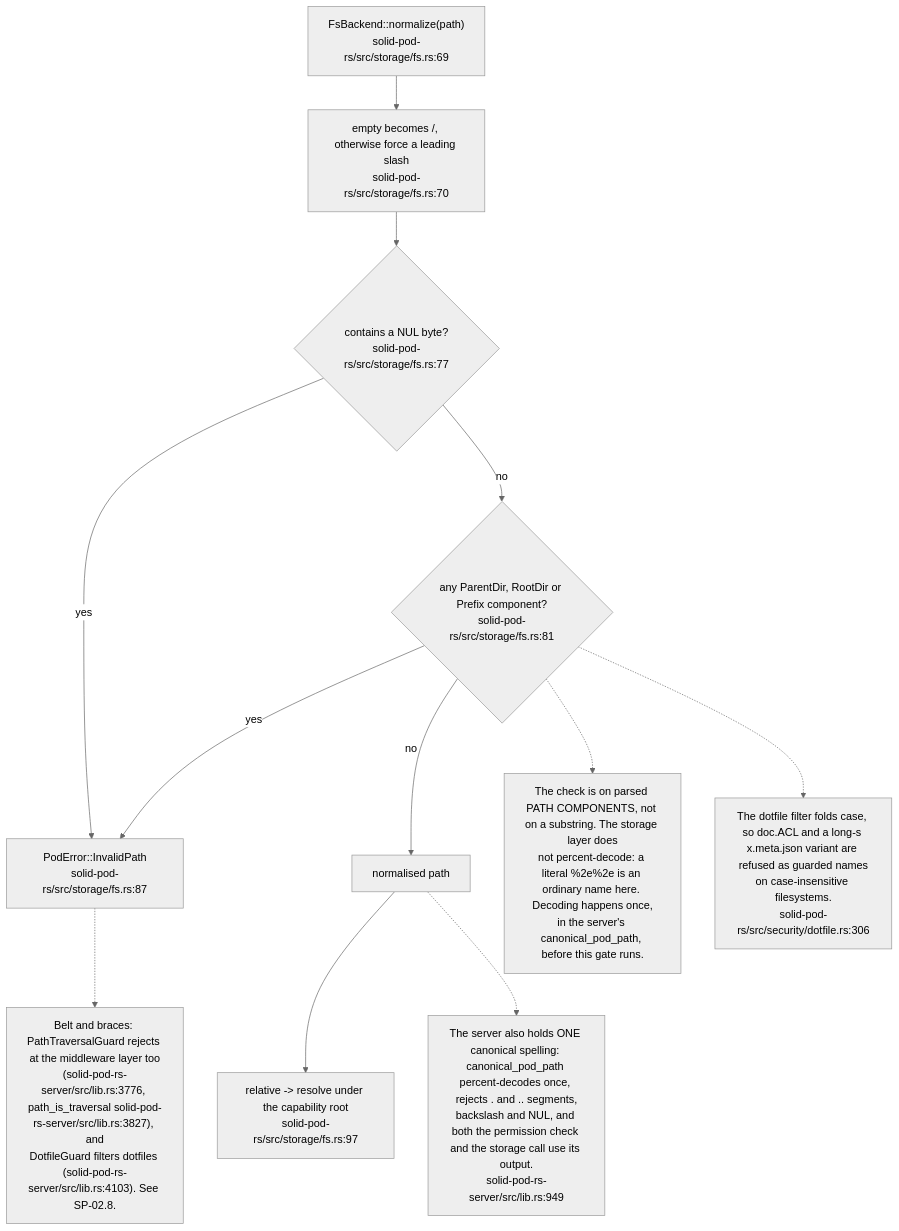
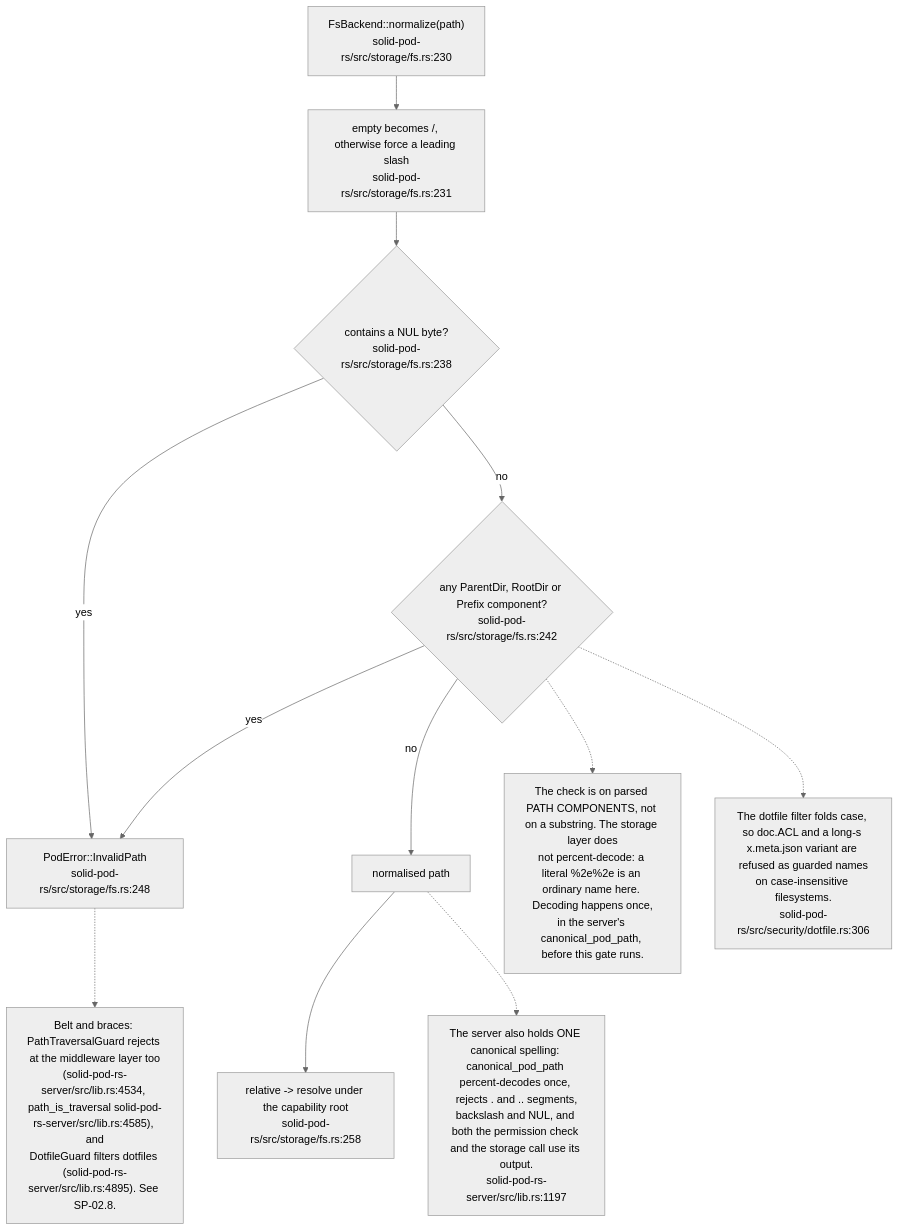
Before and after one commit to DreamLab-AI/VisionFlow: the second of 12 diagrams in docs/diagrams/solid-pod-rs/06-storage-quota-and-git-pods.md, drawn with Mermaid (neutral theme). The commit also changed other lines of this file and 1 other file, not shown here.

First line of the commit message:
docs(diagrams): SP-02, SP-06 re-verified at solid-pod-rs a28a748

````diff
--- a/docs/diagrams/solid-pod-rs/06-storage-quota-and-git-pods.md
+++ b/docs/diagrams/solid-pod-rs/06-storage-quota-and-git-pods.md
@@ -69,25 +78,25 @@
 ```mermaid
 flowchart TD
-    IN["FsBackend::normalize(path)<br/>solid-pod-rs/src/storage/fs.rs:69"]
-    LEAD["empty becomes /, otherwise force a leading slash<br/>solid-pod-rs/src/storage/fs.rs:70"]
-    NUL{"contains a NUL byte?<br/>solid-pod-rs/src/storage/fs.rs:77"}
-    COMP{"any ParentDir, RootDir or Prefix component?<br/>solid-pod-rs/src/storage/fs.rs:81"}
-    ERR["PodError::InvalidPath<br/>solid-pod-rs/src/storage/fs.rs:87"]
+    IN["FsBackend::normalize(path)<br/>solid-pod-rs/src/storage/fs.rs:230"]
+    LEAD["empty becomes /, otherwise force a leading slash<br/>solid-pod-rs/src/storage/fs.rs:231"]
+    NUL{"contains a NUL byte?<br/>solid-pod-rs/src/storage/fs.rs:238"}
+    COMP{"any ParentDir, RootDir or Prefix component?<br/>solid-pod-rs/src/storage/fs.rs:242"}
+    ERR["PodError::InvalidPath<br/>solid-pod-rs/src/storage/fs.rs:248"]
     OK["normalised path"]
-    REL["relative -> resolve under the capability root<br/>solid-pod-rs/src/storage/fs.rs:97"]
+    REL["relative -> resolve under the capability root<br/>solid-pod-rs/src/storage/fs.rs:258"]
 
     IN --> LEAD --> NUL
     NUL -- yes --> ERR
     NUL -- no --> COMP
     COMP -- yes --> ERR
     COMP -- no --> OK --> REL
 
     N["The check is on parsed PATH COMPONENTS, not on a substring. The storage layer does<br/>not percent-decode: a literal %2e%2e is an ordinary name here. Decoding happens once,<br/>in the server's canonical_pod_path, before this gate runs."]
     COMP -.-> N
-    N2["Belt and braces: PathTraversalGuard rejects at the middleware layer too<br/>(solid-pod-rs-server/src/lib.rs:3776, path_is_traversal solid-pod-rs-server/src/lib.rs:3827), and<br/>DotfileGuard filters dotfiles (solid-pod-rs-server/src/lib.rs:4103). See SP-02.8."]
+    N2["Belt and braces: PathTraversalGuard rejects at the middleware layer too<br/>(solid-pod-rs-server/src/lib.rs:4534, path_is_traversal solid-pod-rs-server/src/lib.rs:4585), and<br/>DotfileGuard filters dotfiles (solid-pod-rs-server/src/lib.rs:4895). See SP-02.8."]
     ERR -.-> N2
-    N3["The server also holds ONE canonical spelling: canonical_pod_path percent-decodes once, rejects . and .. segments,<br/>backslash and NUL, and both the permission check and the storage call use its output.<br/>solid-pod-rs-server/src/lib.rs:949"]
+    N3["The server also holds ONE canonical spelling: canonical_pod_path percent-decodes once, rejects . and .. segments,<br/>backslash and NUL, and both the permission check and the storage call use its output.<br/>solid-pod-rs-server/src/lib.rs:1197"]
     N4["The dotfile filter folds case, so doc.ACL and a long-s x.meta.json variant are refused as guarded names<br/>on case-insensitive filesystems.<br/>solid-pod-rs/src/security/dotfile.rs:306"]
     OK -.-> N3
     COMP -.-> N4
 ```
````
